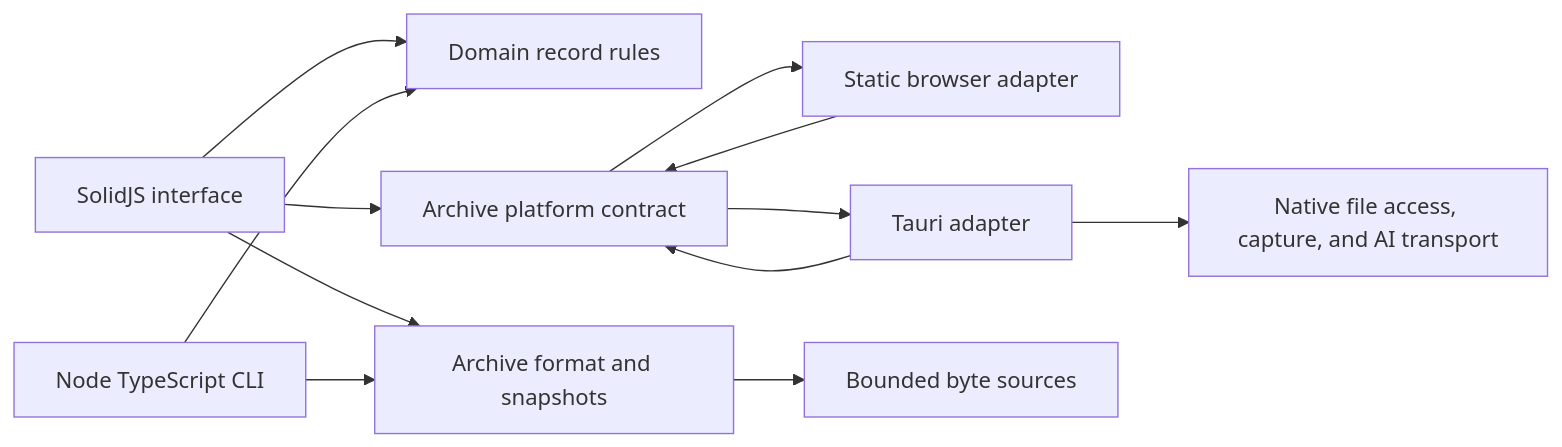
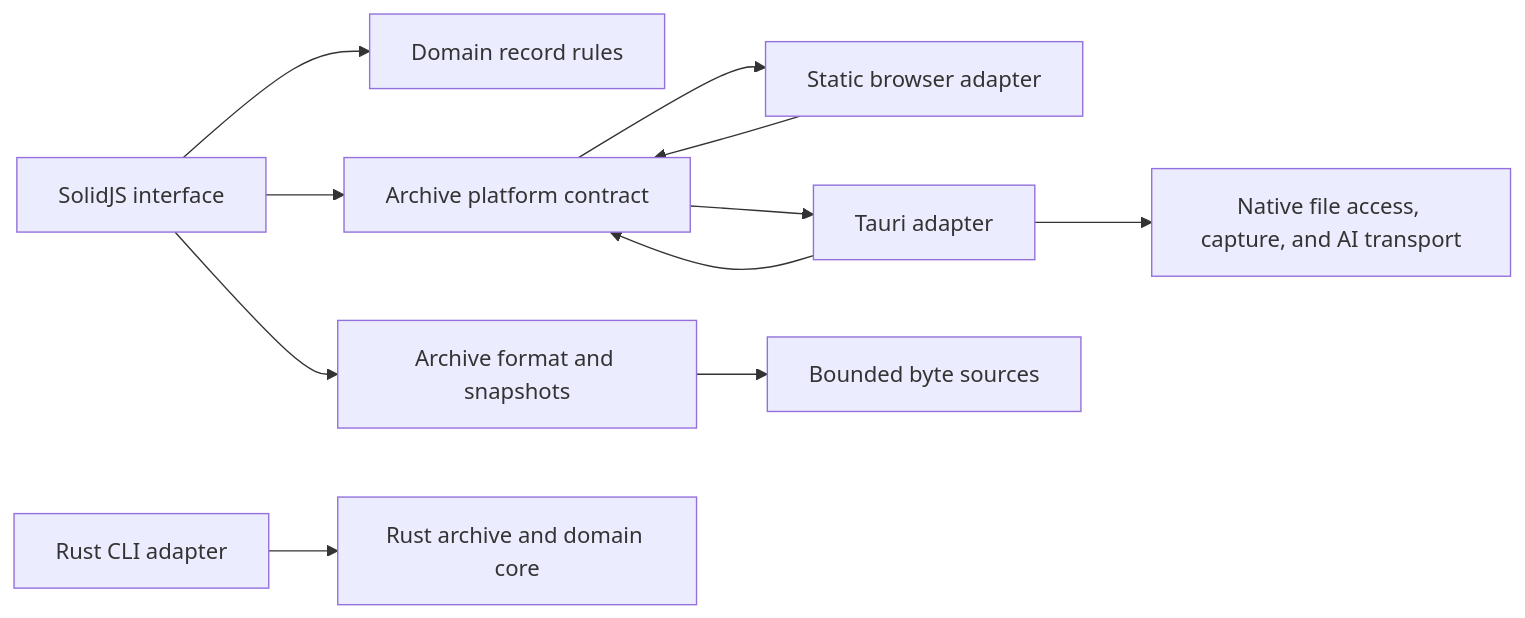
One commit to richie-rich90454/tutorux changed the diagram in docs/ARCHITECTURE.md. Above: the diagram before and after it, drawn with Mermaid. The commit also changed other lines of this file and 8 other files, not shown here.

First line of the commit message:
docs(cli): document the Rust CLI as the only command-line adapter

````diff
--- a/docs/ARCHITECTURE.md
+++ b/docs/ARCHITECTURE.md
@@ -5,14 +5,13 @@
 ```mermaid
 flowchart LR
   UI[SolidJS interface] --> DOMAIN[Domain record rules]
   UI --> ARCH[Archive format and snapshots]
   UI --> PORT[Archive platform contract]
-  CLI[Node TypeScript CLI] --> DOMAIN
-  CLI --> ARCH
+  CLI[Rust CLI adapter] --> RUSTCORE[Rust archive and domain core]
   WEB[Static browser adapter] --> PORT
   DESKTOP[Tauri adapter] --> PORT
   PORT --> WEB
   PORT --> DESKTOP
   DESKTOP --> RUST[Native file access, capture, and AI transport]
   ARCH --> SOURCE[Bounded byte sources]
 ```
````
